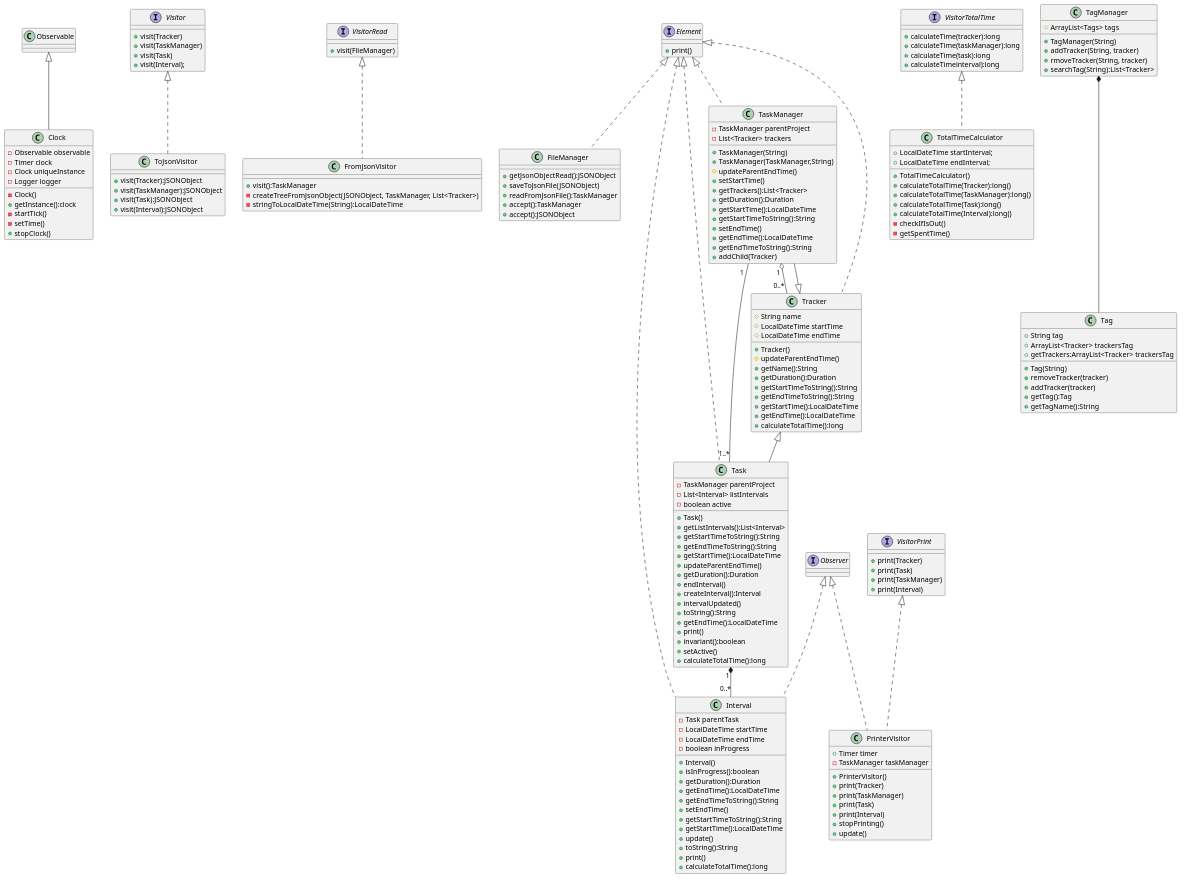
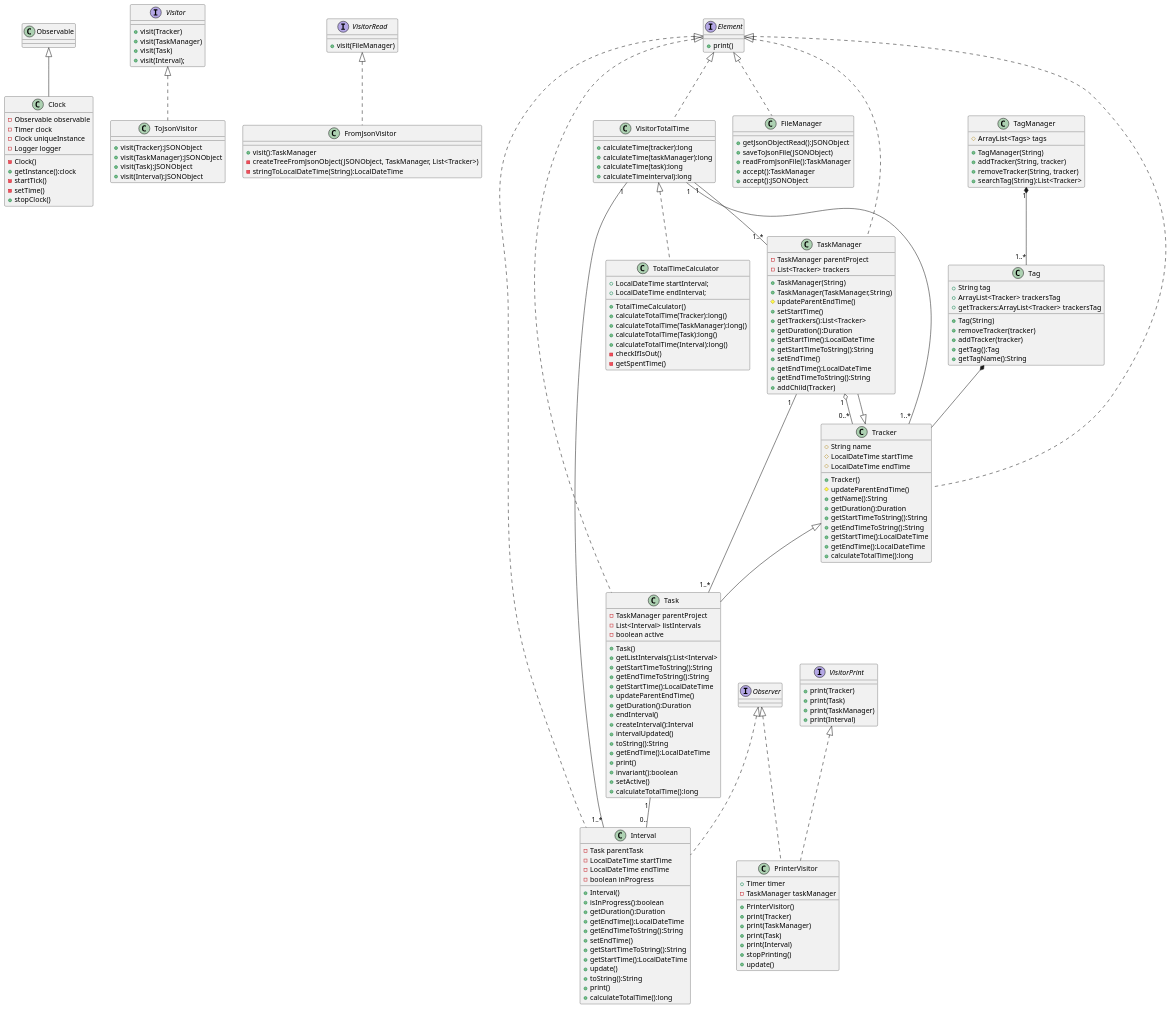
The diagram in src/main/java/time_tracker.puml (kumarbhupi/time_tracker), drawn with PlantUML before and after one commit. The commit also changed 6 other files, not shown here.

Commit message:
UML done

```diff
--- a/src/main/java/time_tracker.puml
+++ b/src/main/java/time_tracker.puml
@@ -160,7 +160,7 @@
 #ArrayList<Tags> tags
 +TagManager(String)
 +addTracker(String, tracker)
-+rmoveTracker(String, tracker)
++removeTracker(String, tracker)
 +searchTag(String):List<Tracker>
 }
 
@@ -182,7 +182,7 @@
 TaskManager"1  " -- "1..*" Task
 class Task extends Tracker
 class TaskManager extends Tracker
-Task "1 "*--"0..*"Interval
+Task "1 "--"0.."Interval
 class Interval implements Element
 class Interval implements Observer
 TaskManager "1 " o--"0..* "Tracker
@@ -196,5 +196,11 @@
 class FromJsonVisitor implements VisitorRead
 class ToJsonVisitor implements Visitor
 class TotalTimeCalculator implements VisitorTotalTime
-TagManager *--- Tag
+class VisitorTotalTime implements Element
+TagManager "1"*--"1..*" Tag
+Tag *-- Tracker
+
+VisitorTotalTime "1"--"1..*" Tracker
+VisitorTotalTime "1"--"1..*" TaskManager
+VisitorTotalTime "1"--"1..*" Interval
 @enduml
```
